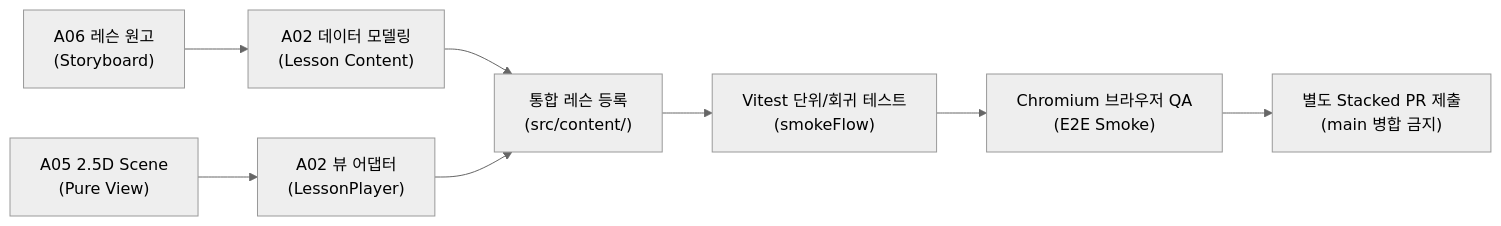
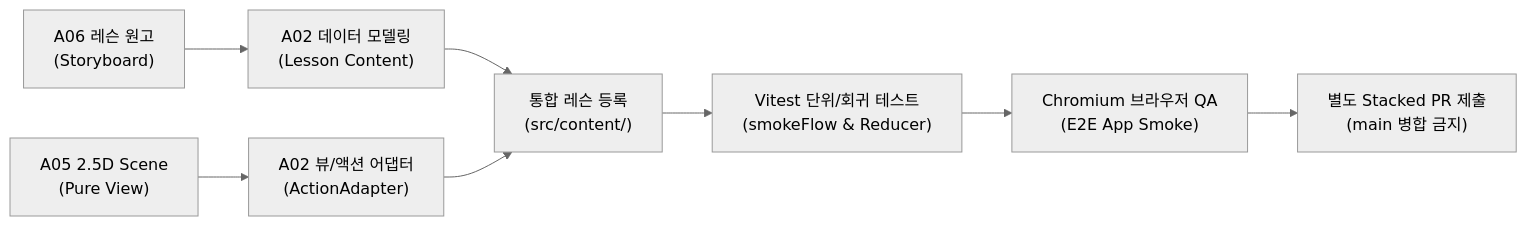
One commit to Junebooky/interactive-engineering changed the diagram in docs/a02-content-contract.md. Above: the diagram before and after it, drawn with Mermaid (neutral theme). The commit also changed other lines of this file and 14 other files, not shown here.

First line of the commit message:
feat(dram): connect UI action adapter, sync A05 HEAD 00eb302, and add D02 app browser QA

````diff
--- a/docs/a02-content-contract.md
+++ b/docs/a02-content-contract.md
@@ -124,10 +145,10 @@
 ```mermaid
 graph LR
     A["A06 레슨 원고<br/>(Storyboard)"] --> C["A02 데이터 모델링<br/>(Lesson Content)"]
-    B["A05 2.5D Scene<br/>(Pure View)"] --> D["A02 뷰 어댑터<br/>(LessonPlayer)"]
+    B["A05 2.5D Scene<br/>(Pure View)"] --> D["A02 뷰/액션 어댑터<br/>(ActionAdapter)"]
     C --> E["통합 레슨 등록<br/>(src/content/)"]
     D --> E
-    E --> F["Vitest 단위/회귀 테스트<br/>(smokeFlow)"]
-    F --> G["Chromium 브라우저 QA<br/>(E2E Smoke)"]
+    E --> F["Vitest 단위/회귀 테스트<br/>(smokeFlow & Reducer)"]
+    F --> G["Chromium 브라우저 QA<br/>(E2E App Smoke)"]
     G --> H["별도 Stacked PR 제출<br/>(main 병합 금지)"]
 ```
````
